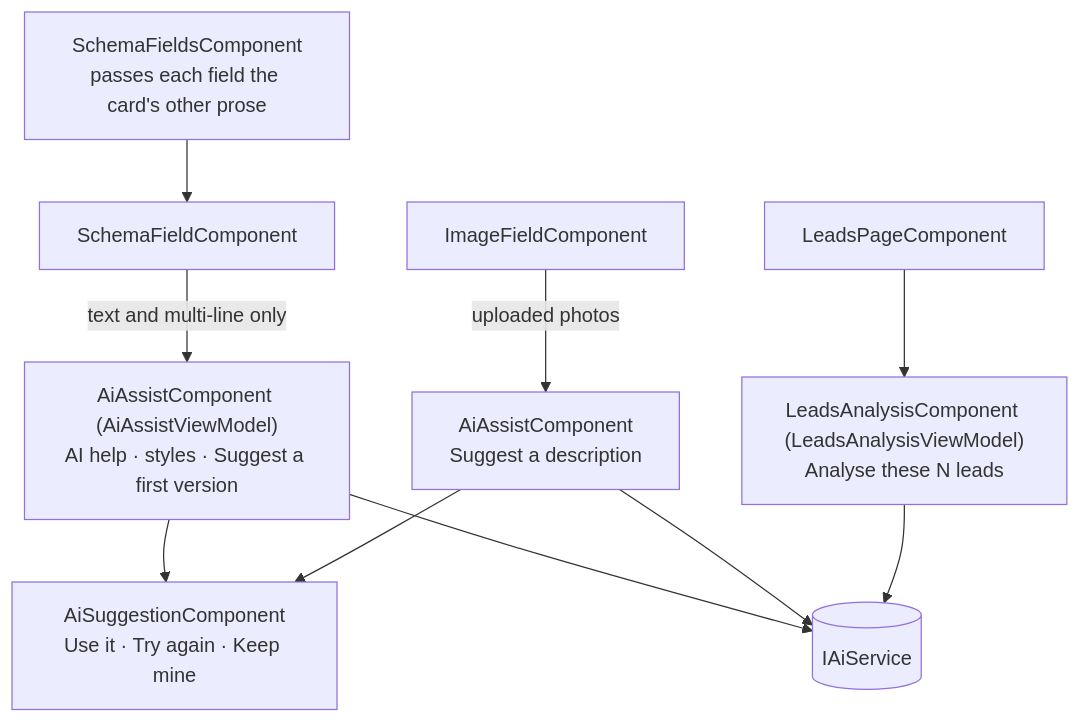
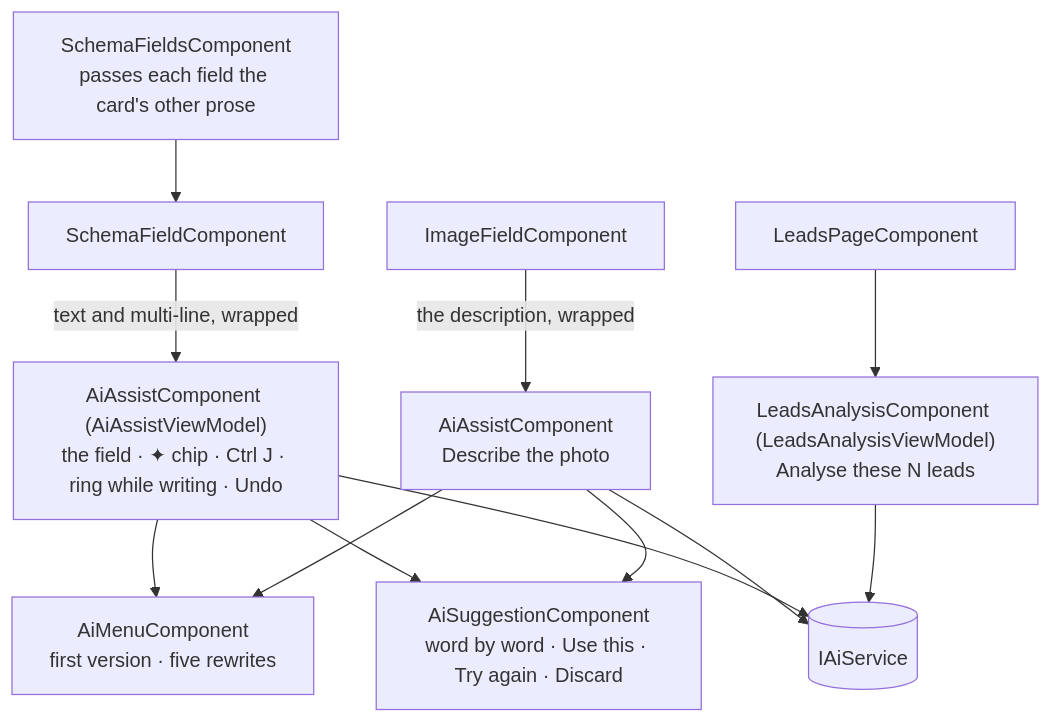
Before and after one commit to RaviAkhouri30/taalyatra: the fifth of 6 diagrams in docs/architecture/component-tree.md, drawn with Mermaid. The commit also changed other lines of this file and 41 other files, not shown here.

````diff
--- a/docs/architecture/component-tree.md
+++ b/docs/architecture/component-tree.md
@@ -102,12 +103,14 @@
 ```mermaid
 flowchart TD
   SFS["SchemaFieldsComponent<br/>passes each field the card's other prose"] --> SF["SchemaFieldComponent"]
-  SF -->|"text and multi-line only"| AA["AiAssistComponent (AiAssistViewModel)<br/>AI help · styles · Suggest a first version"]
-  IF["ImageFieldComponent"] -->|"uploaded photos"| AA2["AiAssistComponent<br/>Suggest a description"]
-  AA --> AS["AiSuggestionComponent<br/>Use it · Try again · Keep mine"]
+  SF -->|"text and multi-line, wrapped"| AA["AiAssistComponent (AiAssistViewModel)<br/>the field · ✦ chip · Ctrl J · ring while writing · Undo"]
+  IF["ImageFieldComponent"] -->|"the description, wrapped"| AA2["AiAssistComponent<br/>Describe the photo"]
+  AA --> AM["AiMenuComponent<br/>first version · five rewrites"]
+  AA --> AS["AiSuggestionComponent<br/>word by word · Use this · Try again · Discard"]
+  AA2 --> AM
   AA2 --> AS
   LP["LeadsPageComponent"] --> LA["LeadsAnalysisComponent (LeadsAnalysisViewModel)<br/>Analyse these N leads"]
   AA --> S[(IAiService)]
   AA2 --> S
   LA --> S
 ```
````
